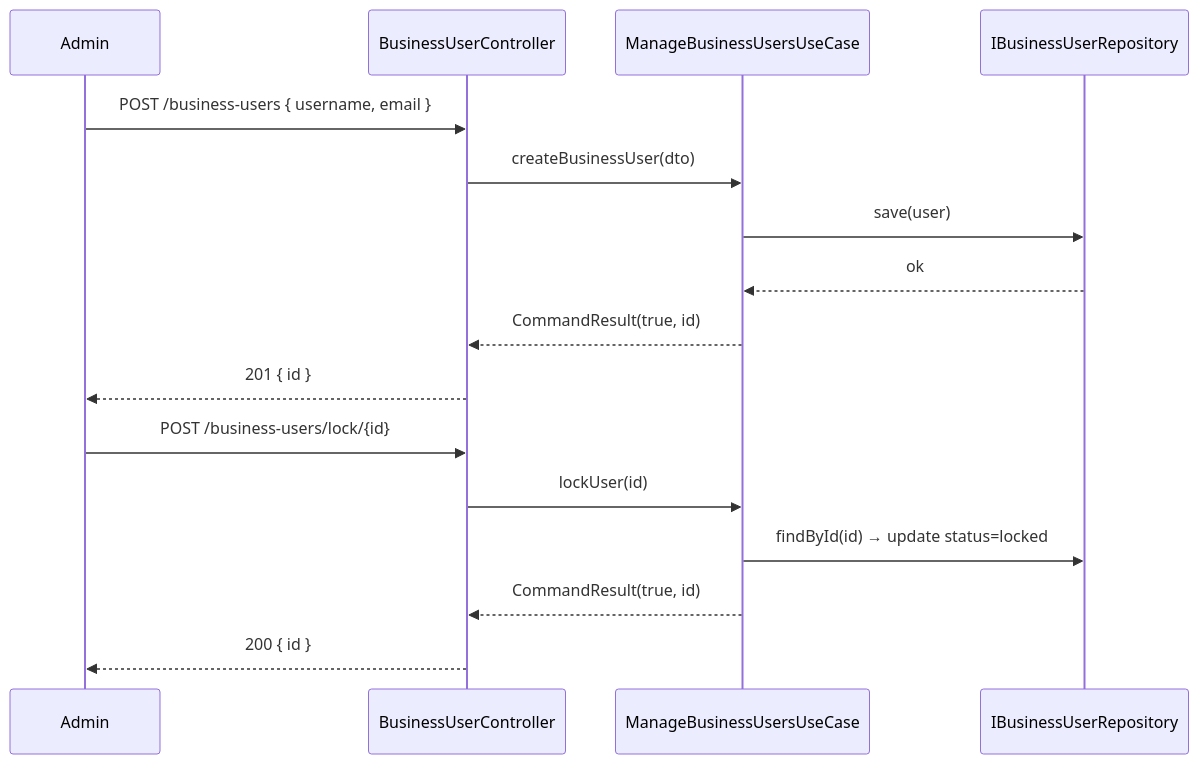
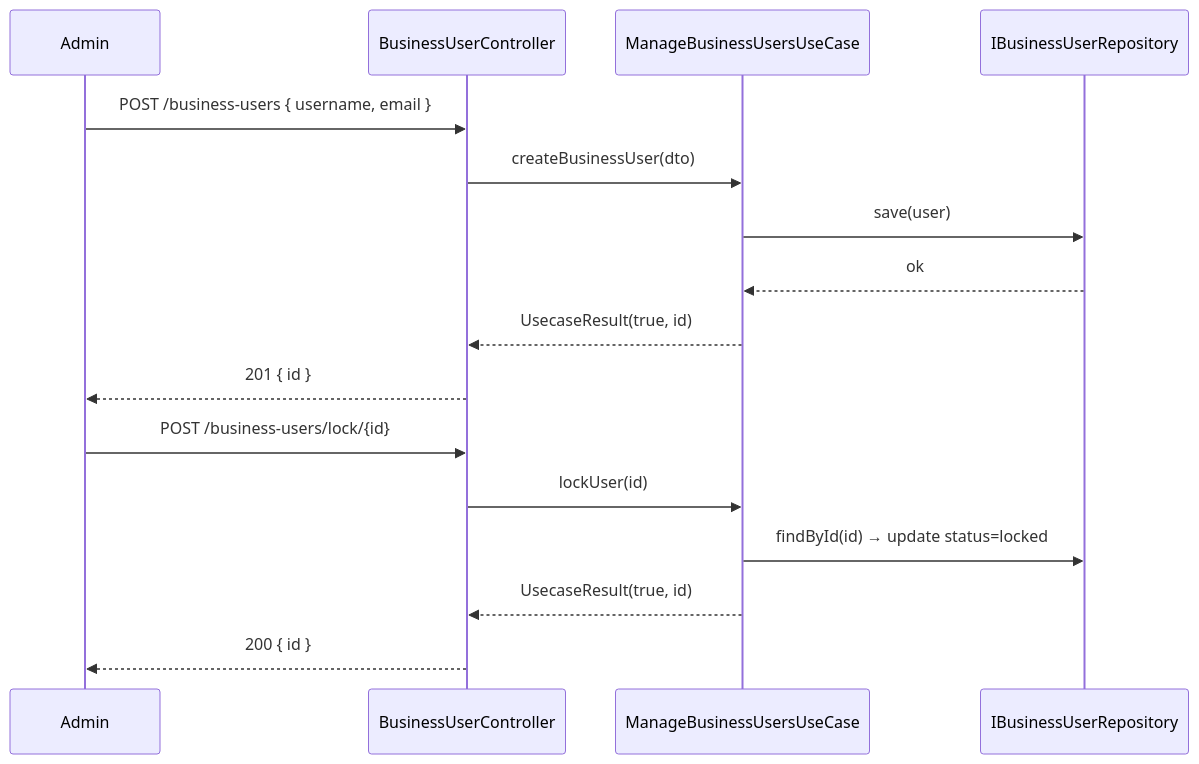
One commit to UIMSolutions/uim-platform changed the fourth of 4 diagrams in abap-environment/UML.md. Above: the diagram before and after it, drawn with Mermaid. The commit also changed other lines of this file and 907 other files, not shown here.

Commit message:
Rename CommandResult

````diff
--- a/abap-environment/UML.md
+++ b/abap-environment/UML.md
@@ -221,20 +221,20 @@
 ```mermaid
 sequenceDiagram
     participant Admin
     participant BC as BusinessUserController
     participant BUC as ManageBusinessUsersUseCase
     participant BR as IBusinessUserRepository
 
     Admin->>BC: POST /business-users { username, email }
     BC->>BUC: createBusinessUser(dto)
     BUC->>BR: save(user)
     BR-->>BUC: ok
-    BUC-->>BC: CommandResult(true, id)
+    BUC-->>BC: UsecaseResult(true, id)
     BC-->>Admin: 201 { id }
 
     Admin->>BC: POST /business-users/lock/{id}
     BC->>BUC: lockUser(id)
     BUC->>BR: findById(id) → update status=locked
-    BUC-->>BC: CommandResult(true, id)
+    BUC-->>BC: UsecaseResult(true, id)
     BC-->>Admin: 200 { id }
 ```
````
